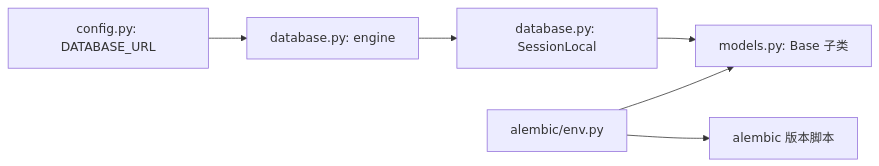
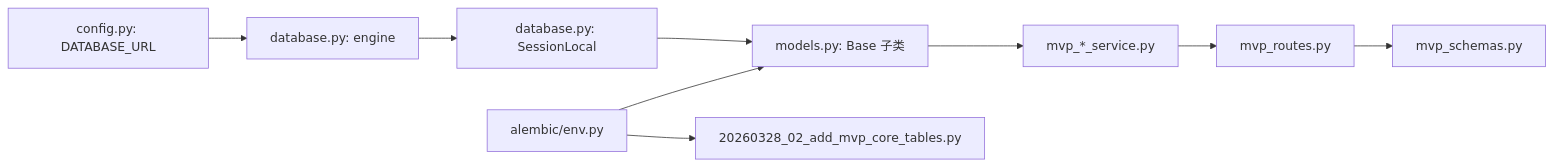
The fifth of 6 diagrams in .qoder/repowiki/zh/content/数据库设计/数据库设计.md (dream-ze/AI_huoke-), drawn with Mermaid before and after one commit. The commit also changed other lines of this file and 25 other files, not shown here.

````diff
--- a/.qoder/repowiki/zh/content/数据库设计/数据库设计.md
+++ b/.qoder/repowiki/zh/content/数据库设计/数据库设计.md
@@ -265,8 +399,11 @@
 ```mermaid
 graph LR
 CFG["config.py: DATABASE_URL"] --> ENG["database.py: engine"]
 ENG --> SES["database.py: SessionLocal"]
 SES --> MODELS["models.py: Base 子类"]
 ENV["alembic/env.py"] --> MODELS
-ENV --> MIGR["alembic 版本脚本"]
+ENV --> MVP_CORE["20260328_02_add_mvp_core_tables.py"]
+MODELS --> MVP_SERVICES["mvp_*_service.py"]
+MVP_SERVICES --> MVP_ROUTES["mvp_routes.py"]
+MVP_ROUTES --> MVP_SCHEMAS["mvp_schemas.py"]
 ```
````
